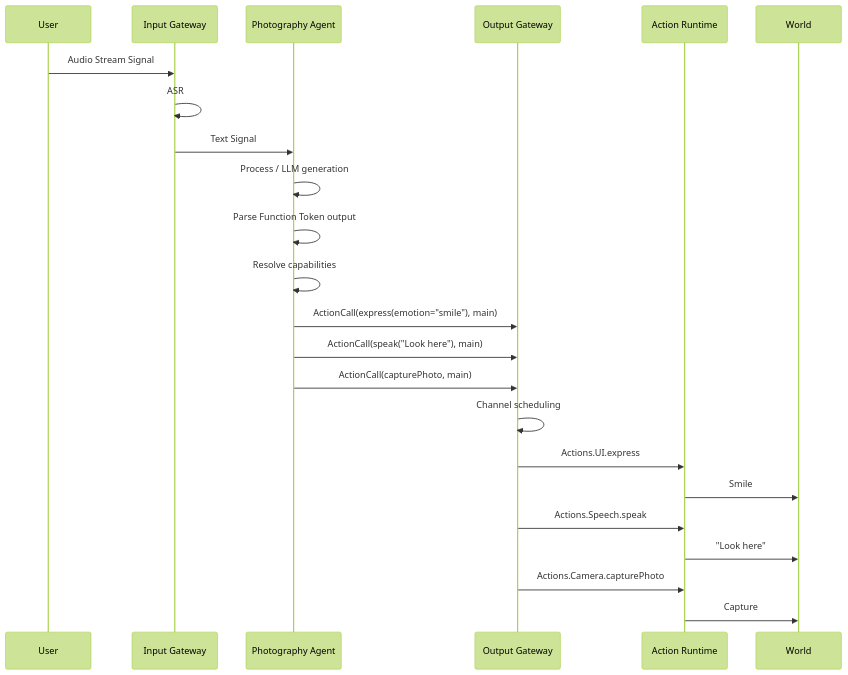
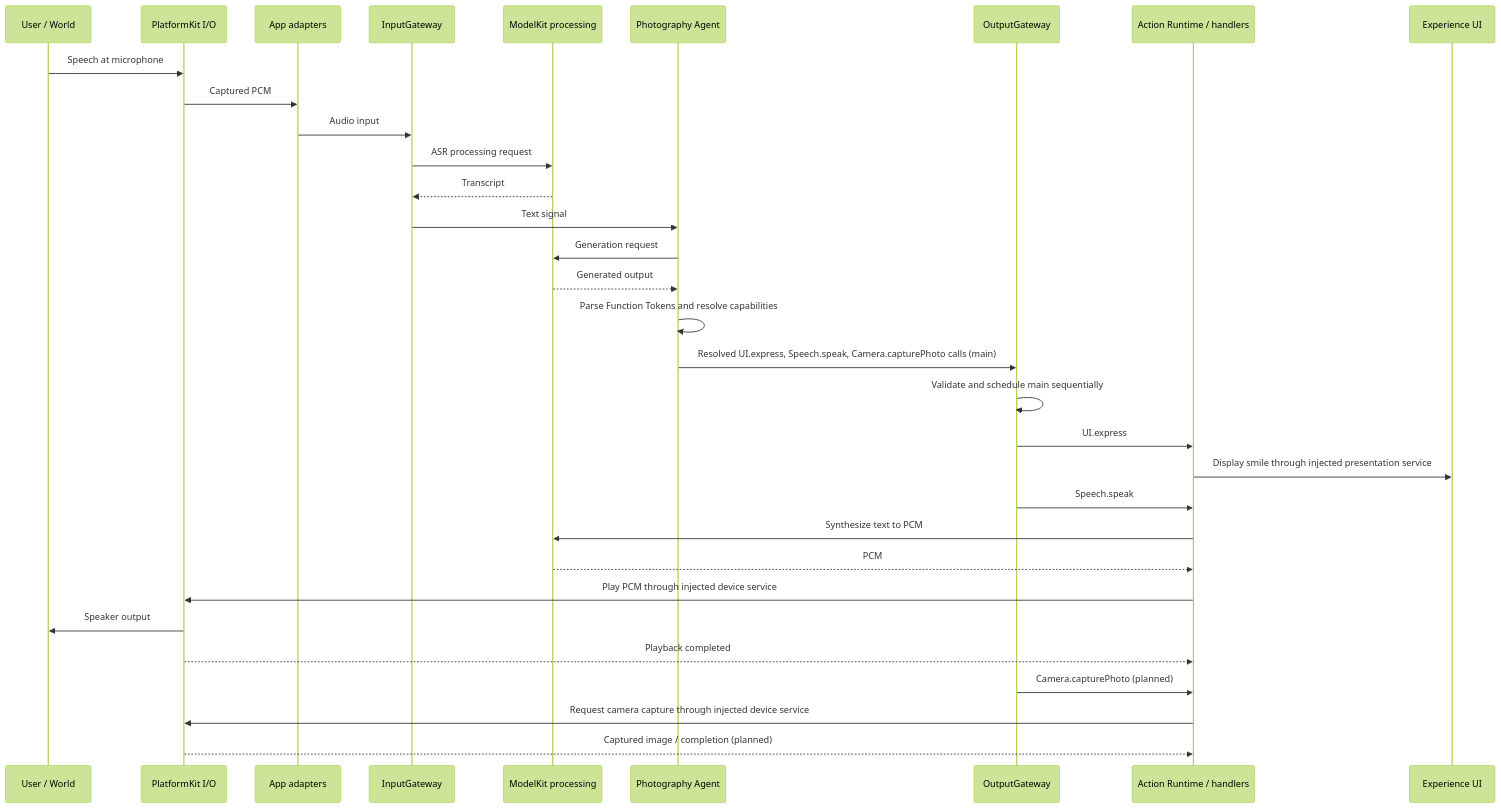
The eighth of 8 diagrams in MobileHarness/README.md (devilyouwei/MobileHarness), drawn with Mermaid (forest theme) before and after one commit. The commit also changed other lines of this file and 76 other files, not shown here.

````diff
--- a/MobileHarness/README.md
+++ b/MobileHarness/README.md
@@ -1378,33 +1405,35 @@
 ```mermaid
 sequenceDiagram
+    participant U as User / World
+    participant P as PlatformKit I/O
+    participant App as App adapters
+    participant IG as InputGateway
+    participant M as ModelKit processing
+    participant A as Photography Agent
+    participant OG as OutputGateway
+    participant ACT as Action Runtime / handlers
+    participant UI as Experience UI
 
-    participant U as User
-    participant IG as Input Gateway
-    participant A as Photography Agent
-    participant OG as Output Gateway
-    participant ACT as Action Runtime
-    participant W as World
-
-    U->>IG: Audio Stream Signal
-    IG->>IG: ASR
-    IG->>A: Text Signal
-
-    A->>A: Process / LLM generation
-    A->>A: Parse Function Token output
-    A->>A: Resolve capabilities
-
-    A->>OG: ActionCall(express(emotion="smile"), main)
-    A->>OG: ActionCall(speak("Look here"), main)
-    A->>OG: ActionCall(capturePhoto, main)
-
-    OG->>OG: Channel scheduling
-
-    OG->>ACT: Actions.UI.express
-    ACT->>W: Smile
-
-    OG->>ACT: Actions.Speech.speak
-    ACT->>W: "Look here"
-
-    OG->>ACT: Actions.Camera.capturePhoto
-    ACT->>W: Capture
+    U->>P: Speech at microphone
+    P->>App: Captured PCM
+    App->>IG: Audio input
+    IG->>M: ASR processing request
+    M-->>IG: Transcript
+    IG->>A: Text signal
+    A->>M: Generation request
+    M-->>A: Generated output
+    A->>A: Parse Function Tokens and resolve capabilities
+    A->>OG: Resolved UI.express, Speech.speak, Camera.capturePhoto calls (main)
+    OG->>OG: Validate and schedule main sequentially
+    OG->>ACT: UI.express
+    ACT->>UI: Display smile through injected presentation service
+    OG->>ACT: Speech.speak
+    ACT->>M: Synthesize text to PCM
+    M-->>ACT: PCM
+    ACT->>P: Play PCM through injected device service
+    P->>U: Speaker output
+    P-->>ACT: Playback completed
+    OG->>ACT: Camera.capturePhoto (planned)
+    ACT->>P: Request camera capture through injected device service
+    P-->>ACT: Captured image / completion (planned)
 ```
````
